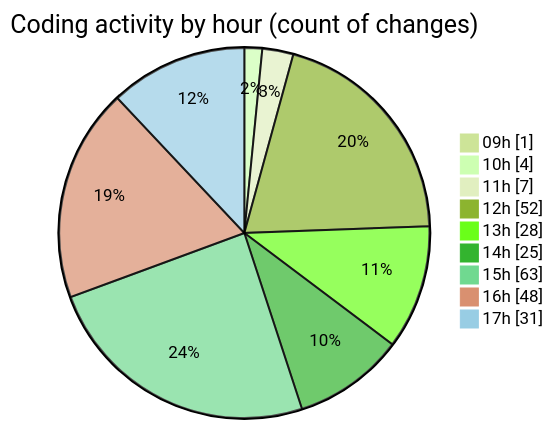
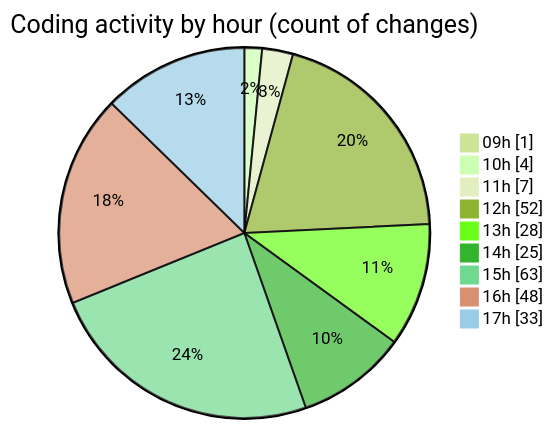
One commit to momahboobian/code-tracking changed the second of 2 diagrams in 2025-04-07/cda/README.md. Above: the diagram before and after it, drawn with Mermaid (forest theme). The commit also changed other lines of this file and 1 other file, not shown here.

````diff
--- a/2025-04-07/cda/README.md
+++ b/2025-04-07/cda/README.md
@@ -42,13 +42,13 @@
 ```mermaid
 pie showData
 title Coding activity by hour (count of changes)
 "09h" : 1
 "10h" : 4
 "11h" : 7
 "12h" : 52
 "13h" : 28
 "14h" : 25
 "15h" : 63
 "16h" : 48
-"17h" : 31
+"17h" : 33
 ```
````
